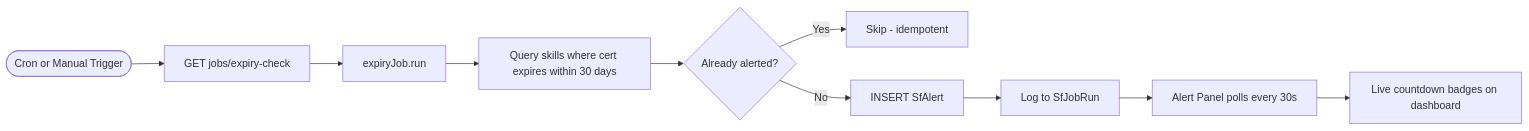
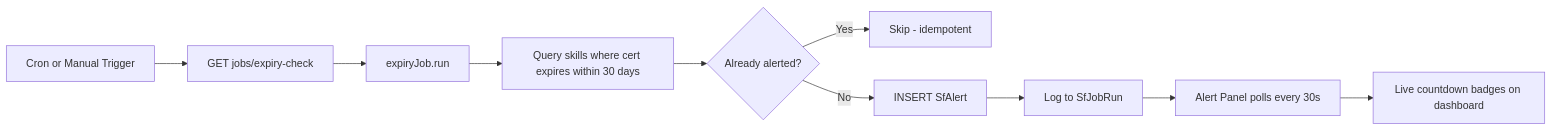
The fifth of 8 diagrams in README.md (awakenedarpit/skillsforge), drawn with Mermaid before and after one commit. The commit also changed other lines of this file, not shown here.

Commit message:
fix: sanitize Mermaid diagrams syntax and clean ER diagram relationships

````diff
--- a/README.md
+++ b/README.md
@@ -197,12 +197,12 @@
 ```mermaid
 flowchart LR
-    A(["Cron or Manual Trigger"]) --> B["GET jobs/expiry-check"]
+    A["Cron or Manual Trigger"] --> B["GET jobs/expiry-check"]
     B --> C["expiryJob.run"]
     C --> D["Query skills where cert expires within 30 days"]
-    D --> E{Already alerted?}
+    D --> E{"Already alerted?"}
     E -- Yes --> F["Skip - idempotent"]
     E -- No --> G["INSERT SfAlert"]
     G --> H["Log to SfJobRun"]
     H --> I["Alert Panel polls every 30s"]
     I --> J["Live countdown badges on dashboard"]
 ```
````
